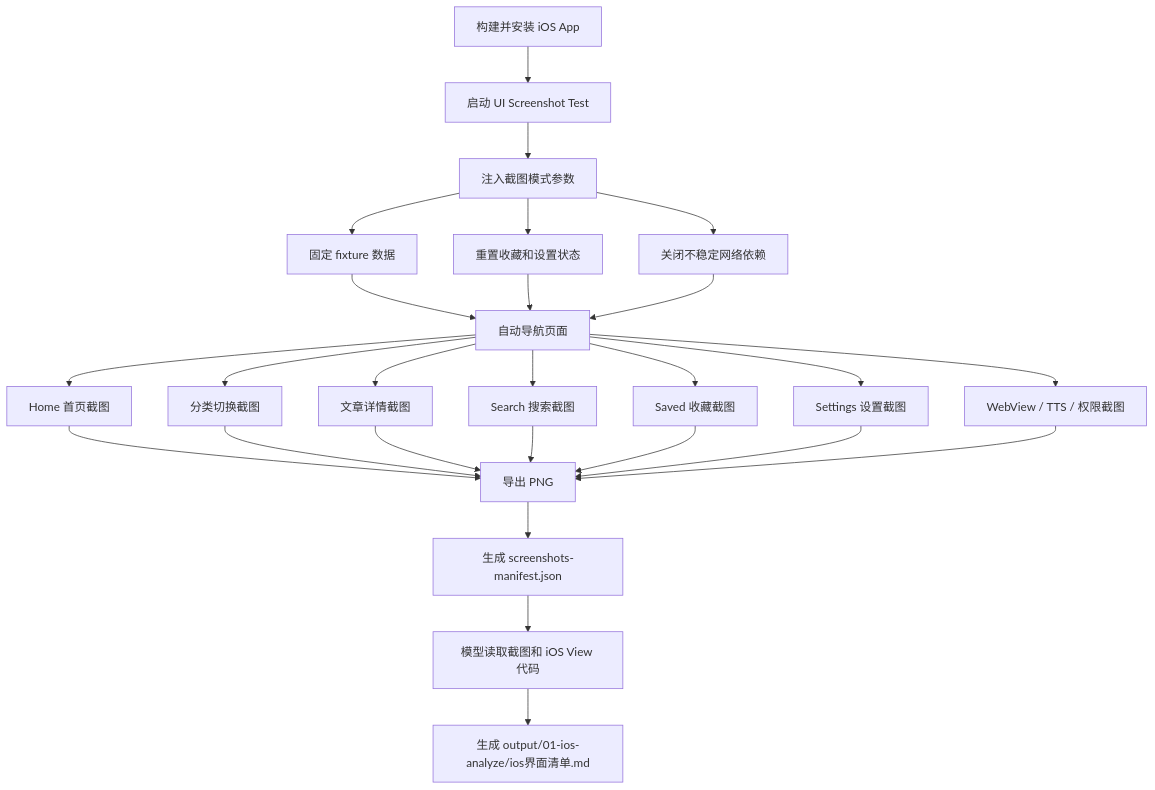
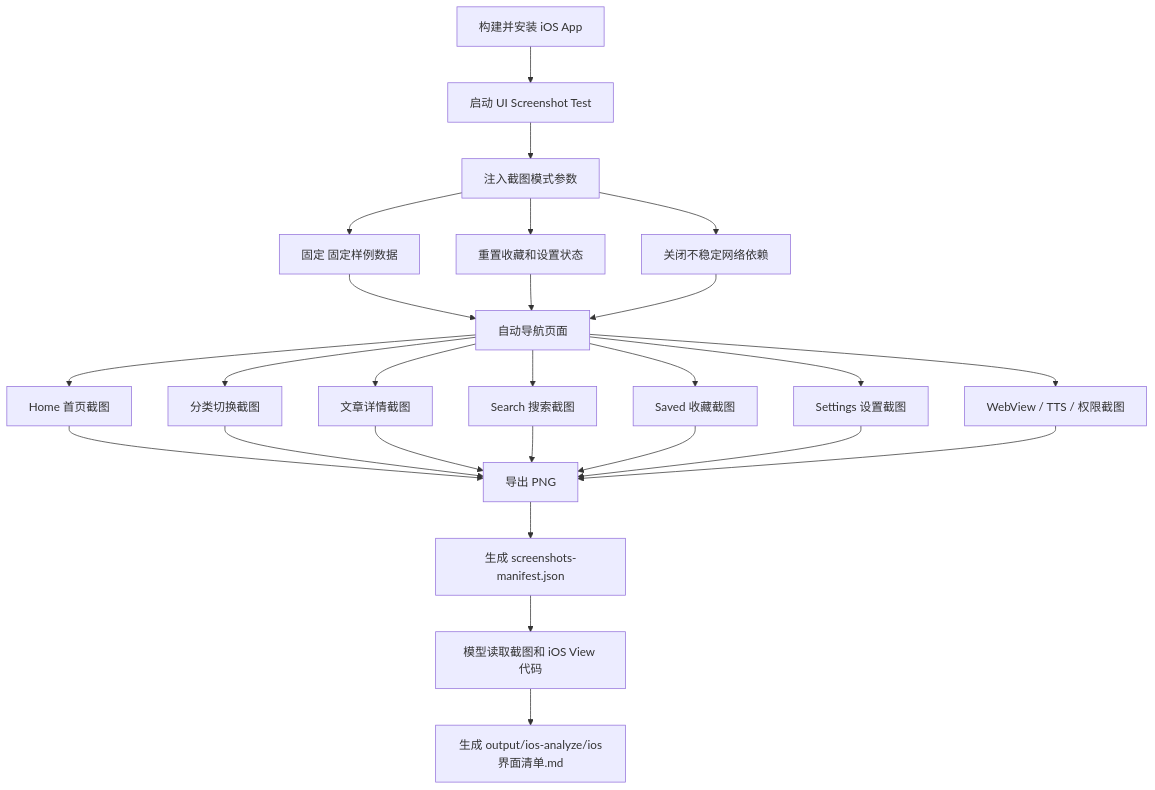
One commit to ilubuntu/appconvert changed the second of 2 diagrams in 方案/方案.md. Above: the diagram before and after it, drawn with Mermaid. The commit also changed other lines of this file and 86 other files, not shown here.

````diff
--- a/方案/方案.md
+++ b/方案/方案.md
@@ -304,32 +304,32 @@
 ```mermaid
 flowchart TD
     A[构建并安装 iOS App] --> B[启动 UI Screenshot Test]
     B --> C[注入截图模式参数]
-    C --> C1[固定 fixture 数据]
+    C --> C1[固定 固定样例数据]
     C --> C2[重置收藏和设置状态]
     C --> C3[关闭不稳定网络依赖]
 
     C1 --> D[自动导航页面]
     C2 --> D
     C3 --> D
 
     D --> D1[Home 首页截图]
     D --> D2[分类切换截图]
     D --> D3[文章详情截图]
     D --> D4[Search 搜索截图]
     D --> D5[Saved 收藏截图]
     D --> D6[Settings 设置截图]
     D --> D7[WebView / TTS / 权限截图]
 
     D1 --> E[导出 PNG]
     D2 --> E
     D3 --> E
     D4 --> E
     D5 --> E
     D6 --> E
     D7 --> E
 
     E --> F[生成 screenshots-manifest.json]
     F --> G[模型读取截图和 iOS View 代码]
-    G --> H[生成 output/01-ios-analyze/ios界面清单.md]
+    G --> H[生成 output/ios-analyze/ios界面清单.md]
 ```
````
